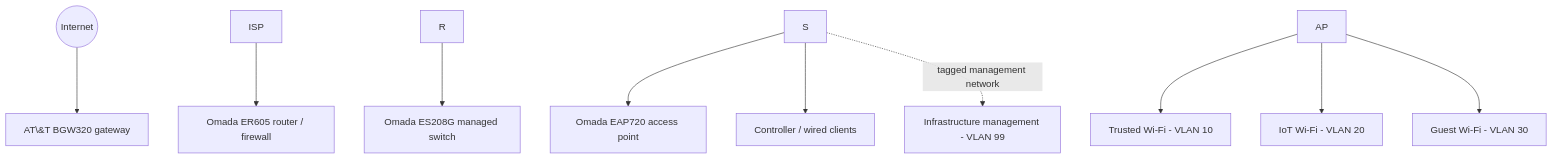
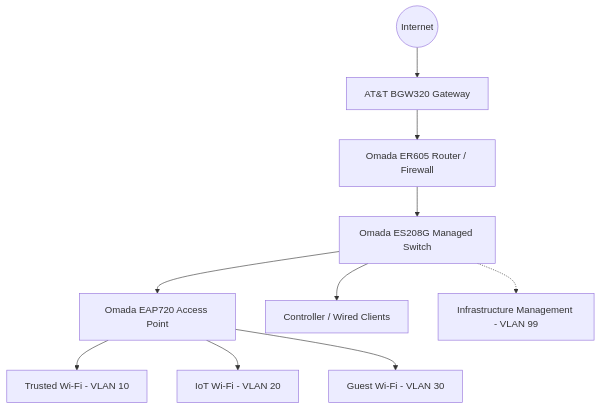
Before and after one commit to MysticCain/Home-Network-Security-Lab-Public: the diagram in README.md, drawn with Mermaid.

Commit message:
Improve network topology diagram
Updated the logical network design diagram to improve clarity and formatting.

````diff
--- a/README.md
+++ b/README.md
@@ -30,12 +30,24 @@
 ```mermaid
-flowchart TD
-    Internet((Internet)) --> ISP\[AT\&T BGW320 gateway]
-    ISP --> R\[Omada ER605 router / firewall]
-    R --> S\[Omada ES208G managed switch]
-    S --> AP\[Omada EAP720 access point]
-    S --> C\[Controller / wired clients]
-    AP --> T\[Trusted Wi-Fi - VLAN 10]
-    AP --> I\[IoT Wi-Fi - VLAN 20]
-    AP --> G\[Guest Wi-Fi - VLAN 30]
-    S -. tagged management network .-> M\[Infrastructure management - VLAN 99]
+flowchart TB
+    Internet((Internet))
+    ISP["AT&T BGW320 Gateway"]
+    R["Omada ER605 Router / Firewall"]
+    S["Omada ES208G Managed Switch"]
+    AP["Omada EAP720 Access Point"]
+    C["Controller / Wired Clients"]
+    M["Infrastructure Management - VLAN 99"]
+    T["Trusted Wi-Fi - VLAN 10"]
+    I["IoT Wi-Fi - VLAN 20"]
+    G["Guest Wi-Fi - VLAN 30"]
+
+    Internet --> ISP
+    ISP --> R
+    R --> S
+    S --> AP
+    S --> C
+    S -.-> M
+    AP --> T
+    AP --> I
+    AP --> G
+
 ```
````
